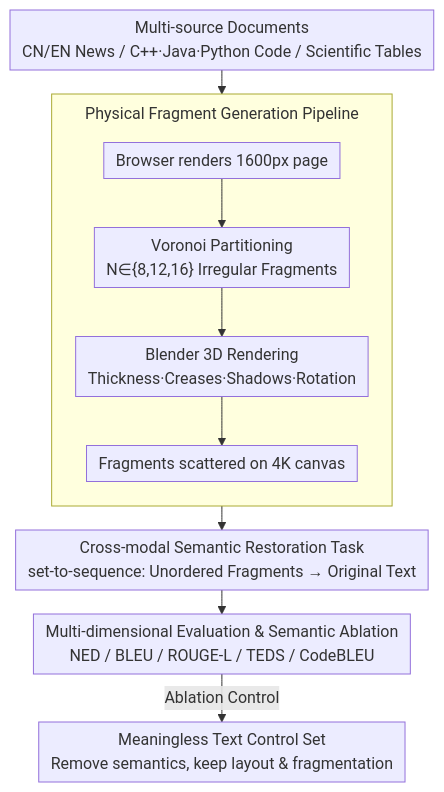
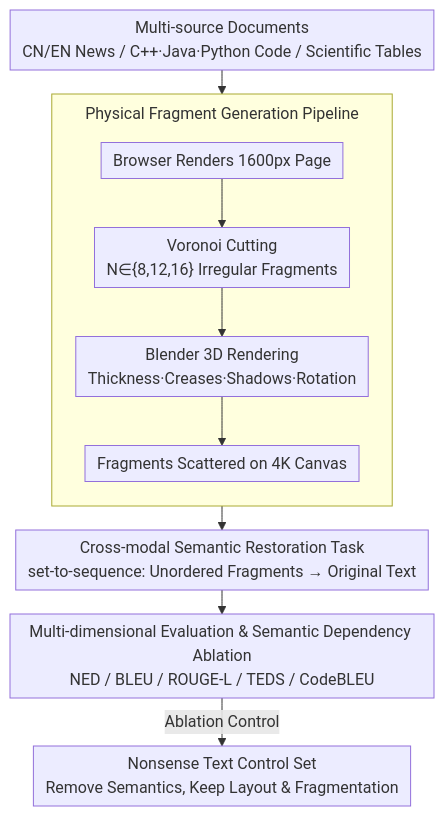
Before and after one commit to zhaoyang97/Paper-Notes-en: the diagram in docs/ACL2026/vlm_reasoning/shredbench_evaluating_the_semantic_reasoning_capabilities_of_multimodal_llms_in_.md, drawn with Mermaid. The commit also changed other lines of this file and 5084 other files, not shown here.

````diff
--- a/docs/ACL2026/vlm_reasoning/shredbench_evaluating_the_semantic_reasoning_capabilities_of_multimodal_llms_in_.md
+++ b/docs/ACL2026/vlm_reasoning/shredbench_evaluating_the_semantic_reasoning_capabilities_of_multimodal_llms_in_.md
@@ -43,15 +43,15 @@
 ```mermaid
 %%{init: {'flowchart': {'rankSpacing': 24, 'nodeSpacing': 28, 'padding': 6, 'wrappingWidth': 400, 'subGraphTitleMargin': {'top': 8, 'bottom': 16}}}}%%
 flowchart TD
     SRC["Multi-source Documents<br/>CN/EN News / C++·Java·Python Code / Scientific Tables"]
     subgraph GEN["Physical Fragment Generation Pipeline"]
         direction TB
-        R["Browser renders 1600px page"] --> V["Voronoi Partitioning<br/>N∈{8,12,16} Irregular Fragments"]
+        R["Browser Renders 1600px Page"] --> V["Voronoi Cutting<br/>N∈{8,12,16} Irregular Fragments"]
         V --> B["Blender 3D Rendering<br/>Thickness·Creases·Shadows·Rotation"]
-        B --> C["Fragments scattered on 4K canvas"]
+        B --> C["Fragments Scattered on 4K Canvas"]
     end
     SRC --> R
     C --> TASK["Cross-modal Semantic Restoration Task<br/>set-to-sequence: Unordered Fragments → Original Text"]
-    TASK --> EVAL["Multi-dimensional Evaluation & Semantic Ablation<br/>NED / BLEU / ROUGE-L / TEDS / CodeBLEU"]
-    EVAL -->|Ablation Control| ABL["Meaningless Text Control Set<br/>Remove semantics, keep layout & fragmentation"]
+    TASK --> EVAL["Multi-dimensional Evaluation & Semantic Dependency Ablation<br/>NED / BLEU / ROUGE-L / TEDS / CodeBLEU"]
+    EVAL -->|Ablation Control| ABL["Nonsense Text Control Set<br/>Remove Semantics, Keep Layout & Fragmentation"]
 ```
````
